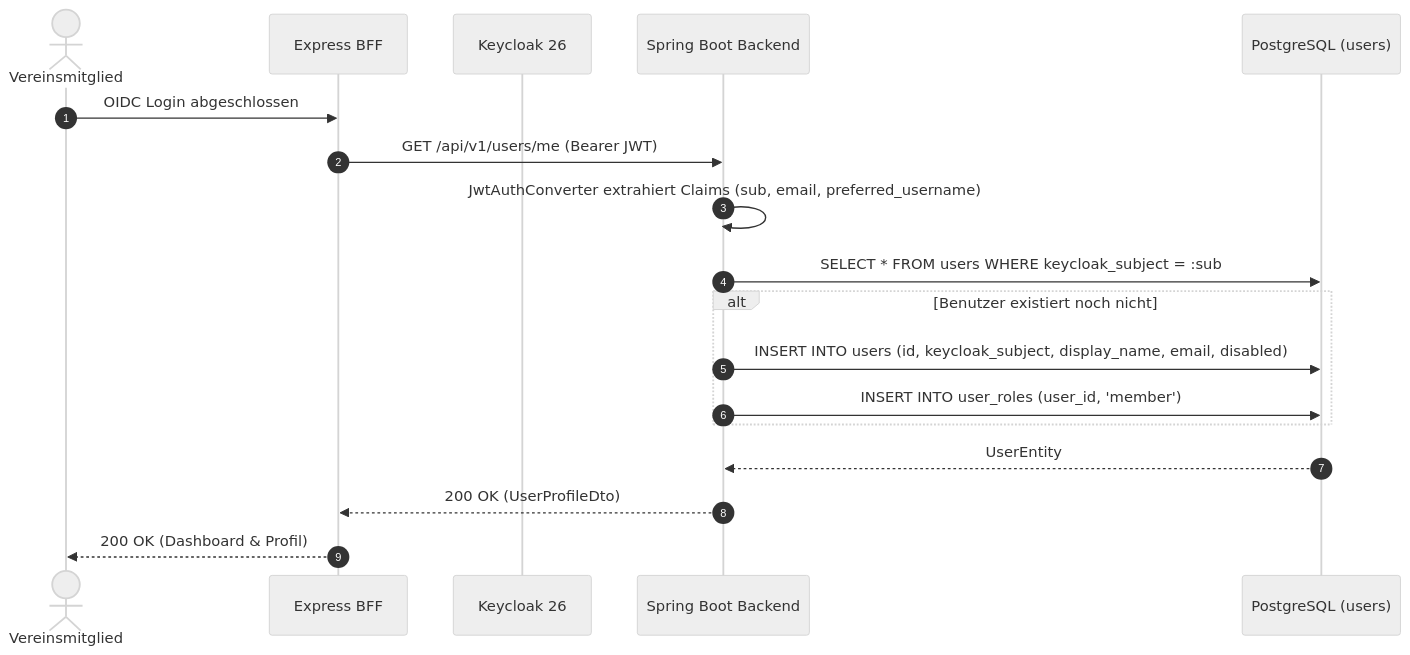
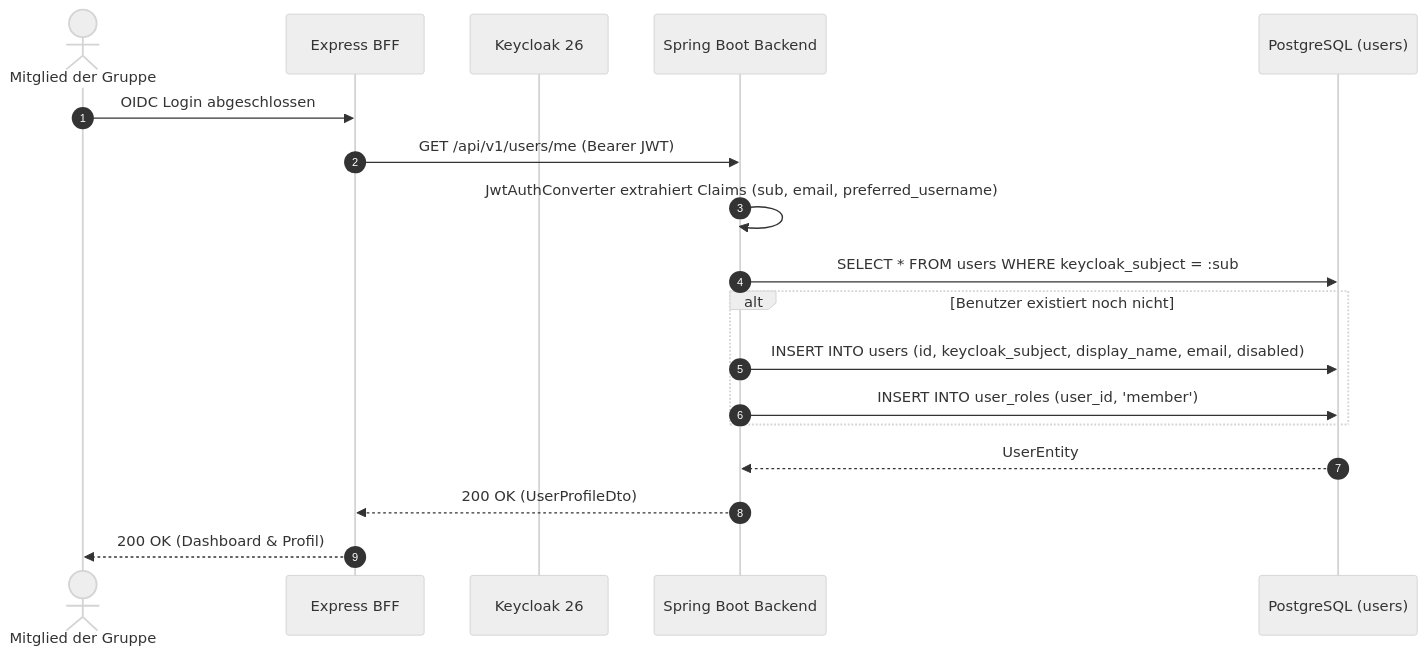
One commit to damaurer/vereint changed the diagram in docs/domains/auth-and-user-management.md. Above: the diagram before and after it, drawn with Mermaid (neutral theme). The commit also changed other lines of this file and 30 other files, not shown here.

````diff
--- a/docs/domains/auth-and-user-management.md
+++ b/docs/domains/auth-and-user-management.md
@@ -93,21 +94,21 @@
 ```mermaid
 sequenceDiagram
     autonumber
-    actor User as Vereinsmitglied
+    actor User as Mitglied der Gruppe
     participant BFF as Express BFF
     participant KC as Keycloak 26
     participant Spring as Spring Boot Backend
     participant DB as PostgreSQL (users)
 
     User->>BFF: OIDC Login abgeschlossen
     BFF->>Spring: GET /api/v1/users/me (Bearer JWT)
     Spring->>Spring: JwtAuthConverter extrahiert Claims (sub, email, preferred_username)
     Spring->>DB: SELECT * FROM users WHERE keycloak_subject = :sub
     alt Benutzer existiert noch nicht
         Spring->>DB: INSERT INTO users (id, keycloak_subject, display_name, email, disabled)
         Spring->>DB: INSERT INTO user_roles (user_id, 'member')
     end
     DB-->>Spring: UserEntity
     Spring-->>BFF: 200 OK (UserProfileDto)
     BFF-->>User: 200 OK (Dashboard & Profil)
 ```
````
